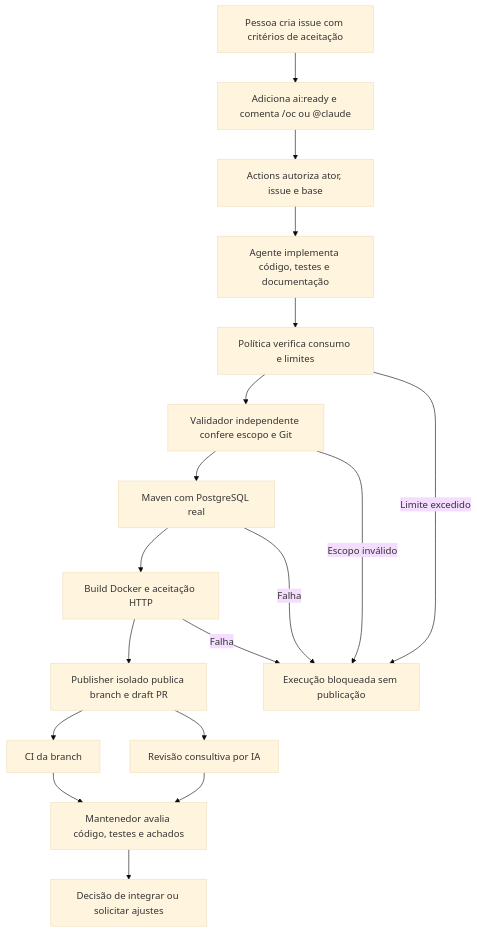
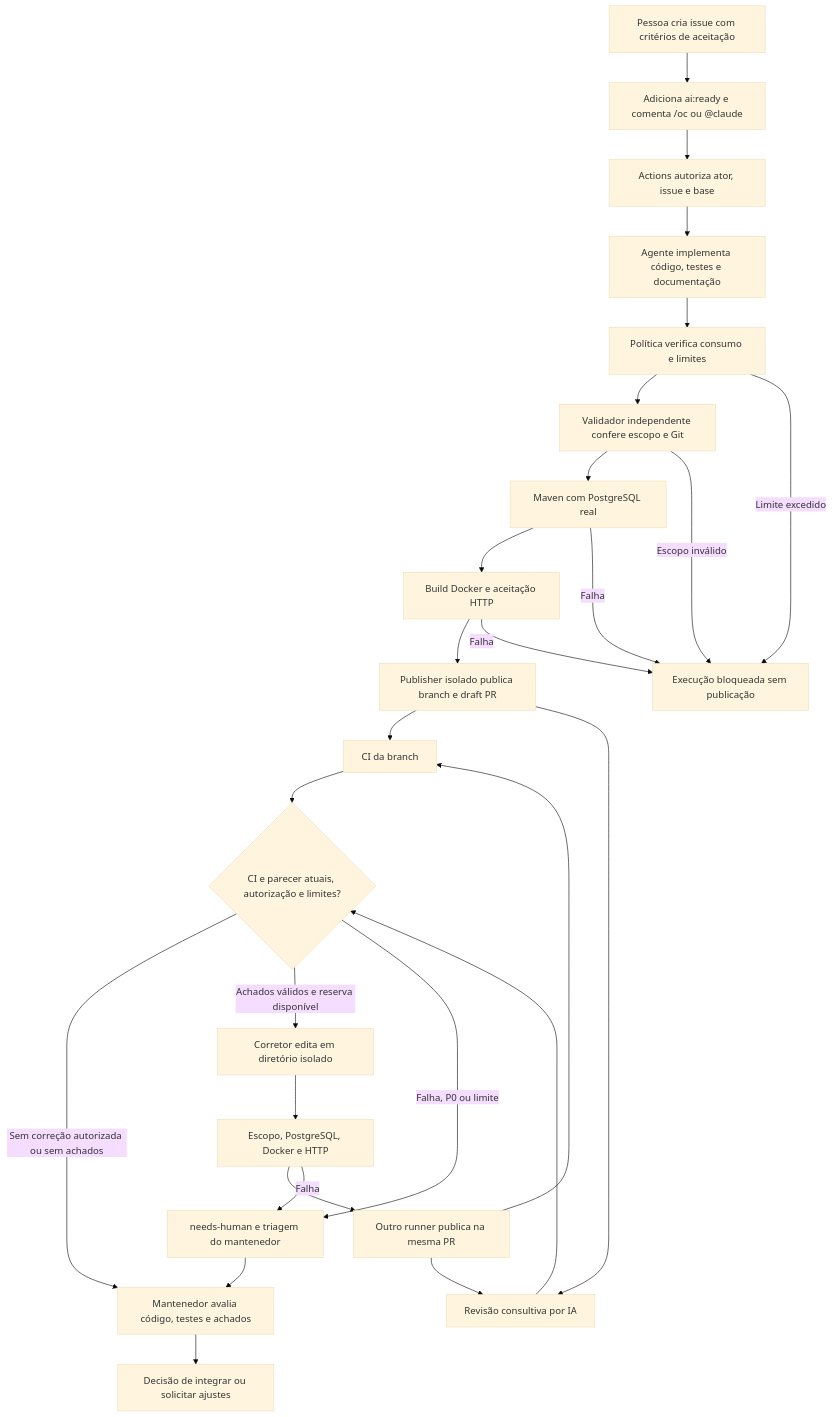
The diagram in docs/fluxo-issue-ate-pr.md (lucasnscr/issue-to-pr-ai), drawn with Mermaid (base theme) before and after one commit. The commit also changed other lines of this file and 10 other files, not shown here.

````diff
--- a/docs/fluxo-issue-ate-pr.md
+++ b/docs/fluxo-issue-ate-pr.md
@@ -14,20 +17,29 @@
 ```mermaid
 flowchart TD
     I[Pessoa cria issue com critérios de aceitação] --> L[Adiciona ai:ready e comenta /oc ou @claude]
     L --> G[Actions autoriza ator, issue e base]
     G --> A[Agente implementa código, testes e documentação]
     A --> P[Política verifica consumo e limites]
     P --> S[Validador independente confere escopo e Git]
     S --> T[Maven com PostgreSQL real]
     T --> D[Build Docker e aceitação HTTP]
     D --> B[Publisher isolado publica branch e draft PR]
     B --> C[CI da branch]
     B --> R[Revisão consultiva por IA]
-    C --> H[Mantenedor avalia código, testes e achados]
-    R --> H
+    C --> Q{CI e parecer atuais, autorização e limites?}
+    R --> Q
+    Q -->|Sem correção autorizada ou sem achados| H[Mantenedor avalia código, testes e achados]
+    Q -->|Achados válidos e reserva disponível| E[Corretor edita em diretório isolado]
+    E --> ET[Escopo, PostgreSQL, Docker e HTTP]
+    ET --> EP[Outro runner publica na mesma PR]
+    EP --> C
+    EP --> R
+    Q -->|Falha, P0 ou limite| X[needs-human e triagem do mantenedor]
+    ET -->|Falha| X
+    X --> H
     H --> M[Decisão de integrar ou solicitar ajustes]
     P -->|Limite excedido| F[Execução bloqueada sem publicação]
     S -->|Escopo inválido| F
     T -->|Falha| F
     D -->|Falha| F
 ```
````
